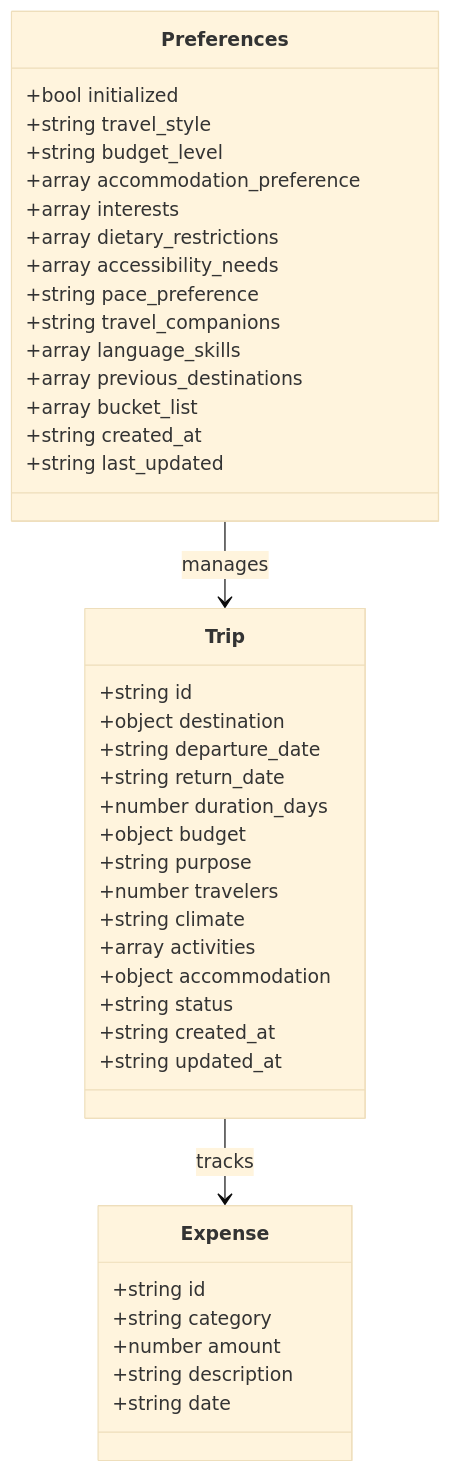
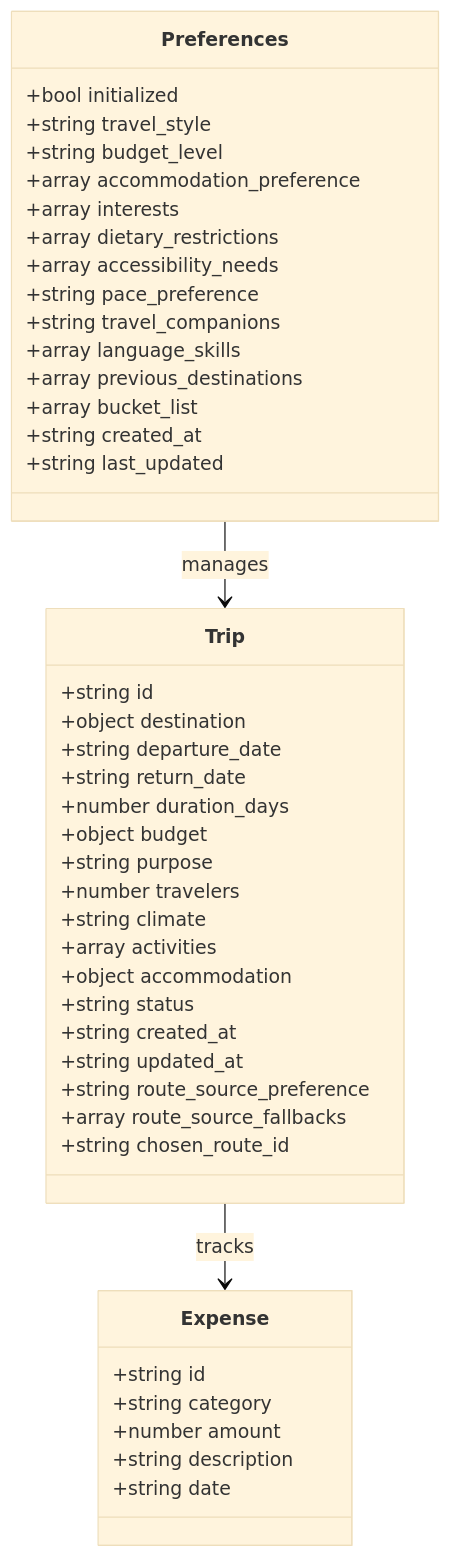
The fourth of 8 diagrams in .qoder/repowiki/zh/content/技能平台/内置技能/旅行规划技能系统.md (verse-ai-org/openclaw), drawn with Mermaid (base theme) before and after one commit. The commit also changed other lines of this file and 16 other files, not shown here.

````diff
--- a/.qoder/repowiki/zh/content/技能平台/内置技能/旅行规划技能系统.md
+++ b/.qoder/repowiki/zh/content/技能平台/内置技能/旅行规划技能系统.md
@@ -311,44 +354,47 @@
 ```mermaid
 classDiagram
 class Preferences {
 +bool initialized
 +string travel_style
 +string budget_level
 +array accommodation_preference
 +array interests
 +array dietary_restrictions
 +array accessibility_needs
 +string pace_preference
 +string travel_companions
 +array language_skills
 +array previous_destinations
 +array bucket_list
 +string created_at
 +string last_updated
 }
 class Trip {
 +string id
 +object destination
 +string departure_date
 +string return_date
 +number duration_days
 +object budget
 +string purpose
 +number travelers
 +string climate
 +array activities
 +object accommodation
 +string status
 +string created_at
 +string updated_at
++string route_source_preference
++array route_source_fallbacks
++string chosen_route_id
 }
 class Expense {
 +string id
 +string category
 +number amount
 +string description
 +string date
 }
 Preferences --> Trip : manages
 Trip --> Expense : tracks
 ```
````
